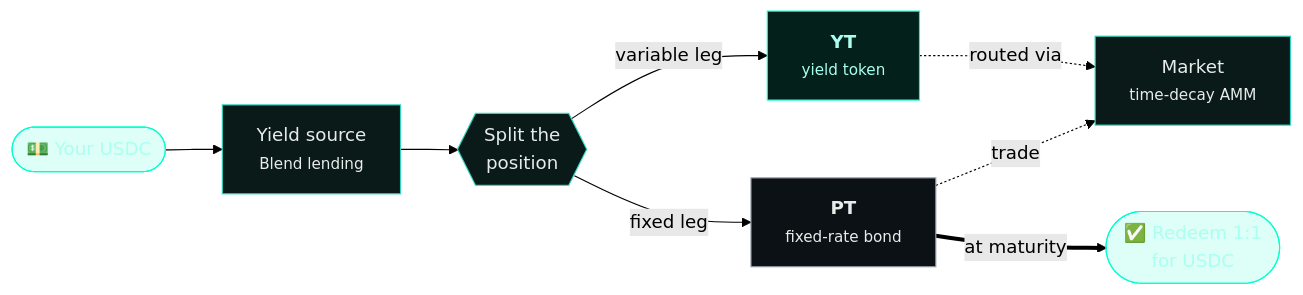
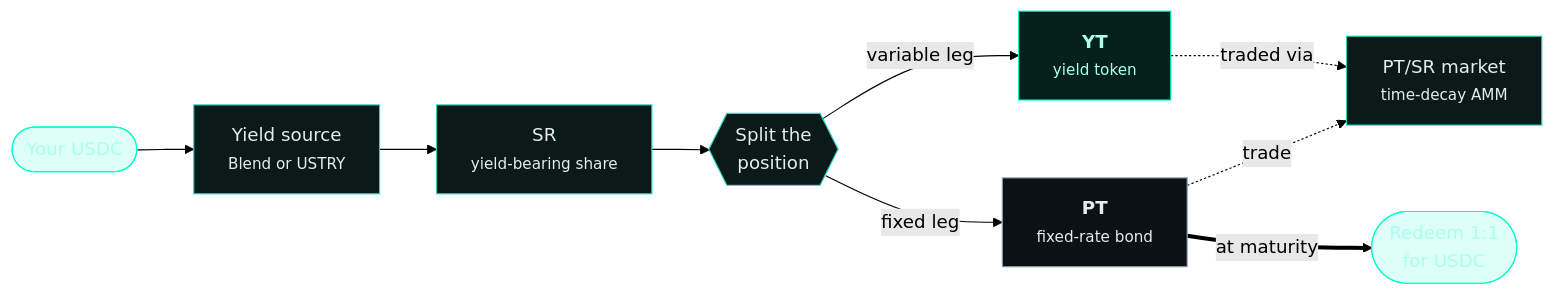
Before and after one commit to Suryashish/spield-docs: the diagram in content/docs/introduction/core-concepts.mdx, drawn with Mermaid (forest theme). The commit also changed other lines of this file and 56 other files, not shown here.

````diff
--- a/content/docs/introduction/core-concepts.mdx
+++ b/content/docs/introduction/core-concepts.mdx
@@ -73,19 +106,20 @@
 ```mermaid
 flowchart LR
-  USDC(["💵 Your USDC"]) --> SRC["Yield source<br/><small>Blend lending</small>"]
-  SRC --> SPLIT{{"Split the<br/>position"}}
+  USDC(["Your USDC"]) --> SRC["Yield source<br/><small>Blend or USTRY</small>"]
+  SRC --> SR["SR<br/><small>yield-bearing share</small>"]
+  SR --> SPLIT{{"Split the<br/>position"}}
   SPLIT -->|fixed leg| PT["<b>PT</b><br/><small>fixed-rate bond</small>"]
   SPLIT -->|variable leg| YT["<b>YT</b><br/><small>yield token</small>"]
-  PT -. trade .-> MKT["Market<br/><small>time-decay AMM</small>"]
-  YT -. routed via .-> MKT
-  PT ==>|at maturity| REDEEM(["✅ Redeem 1:1<br/>for USDC"])
+  PT -. trade .-> MKT["PT/SR market<br/><small>time-decay AMM</small>"]
+  YT -. traded via .-> MKT
+  PT ==>|at maturity| REDEEM(["Redeem 1:1<br/>for USDC"])
 
   classDef src fill:#0a1a18,stroke:#2dd4bf,color:#e7ecea;
   classDef pt fill:#0c1116,stroke:#9ca3af,color:#e7ecea;
   classDef yt fill:#04201b,stroke:#00ffcc,color:#aafff0;
   classDef io fill:#00ffcc22,stroke:#00ffcc,color:#aafff0;
   class USDC,REDEEM io;
-  class SRC,SPLIT,MKT src;
+  class SRC,SR,SPLIT,MKT src;
   class PT pt;
   class YT yt;
 ```
````
